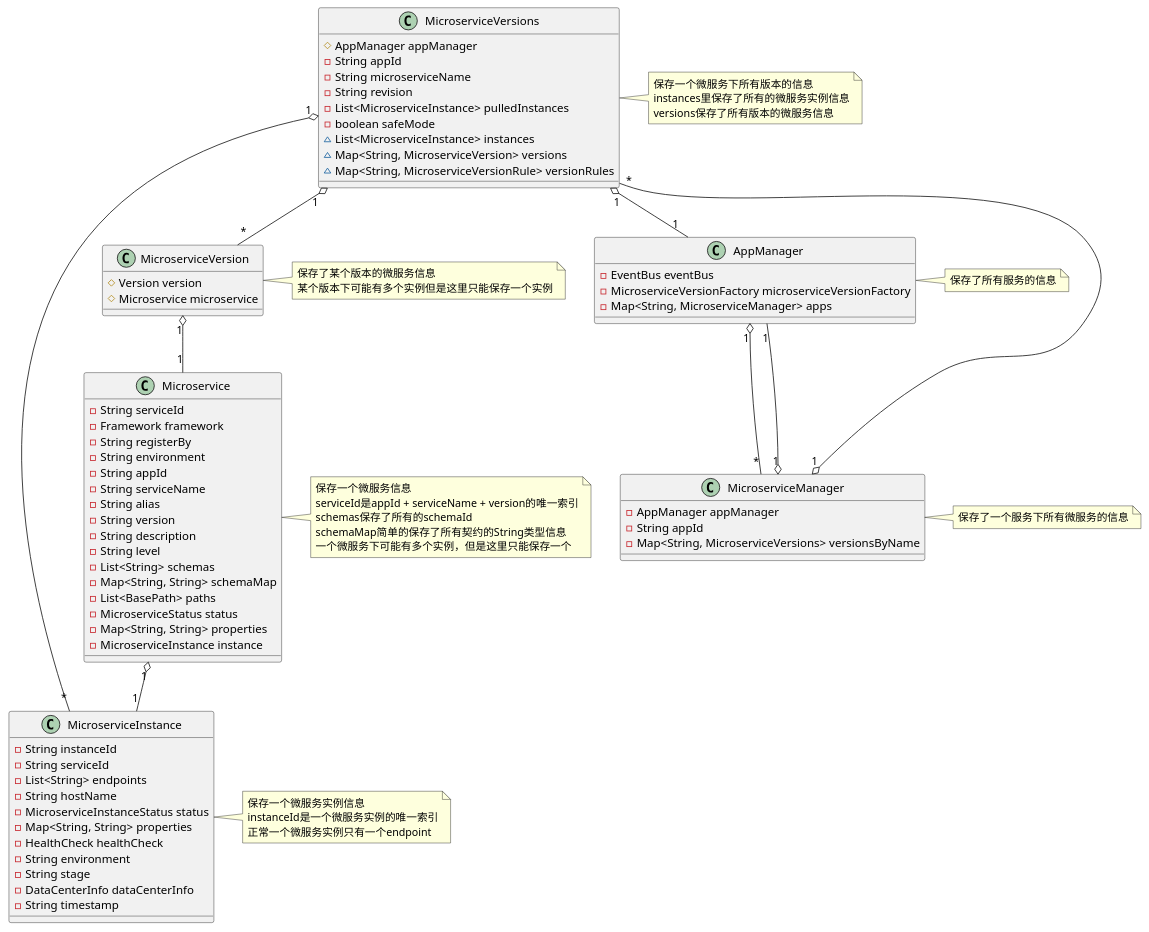
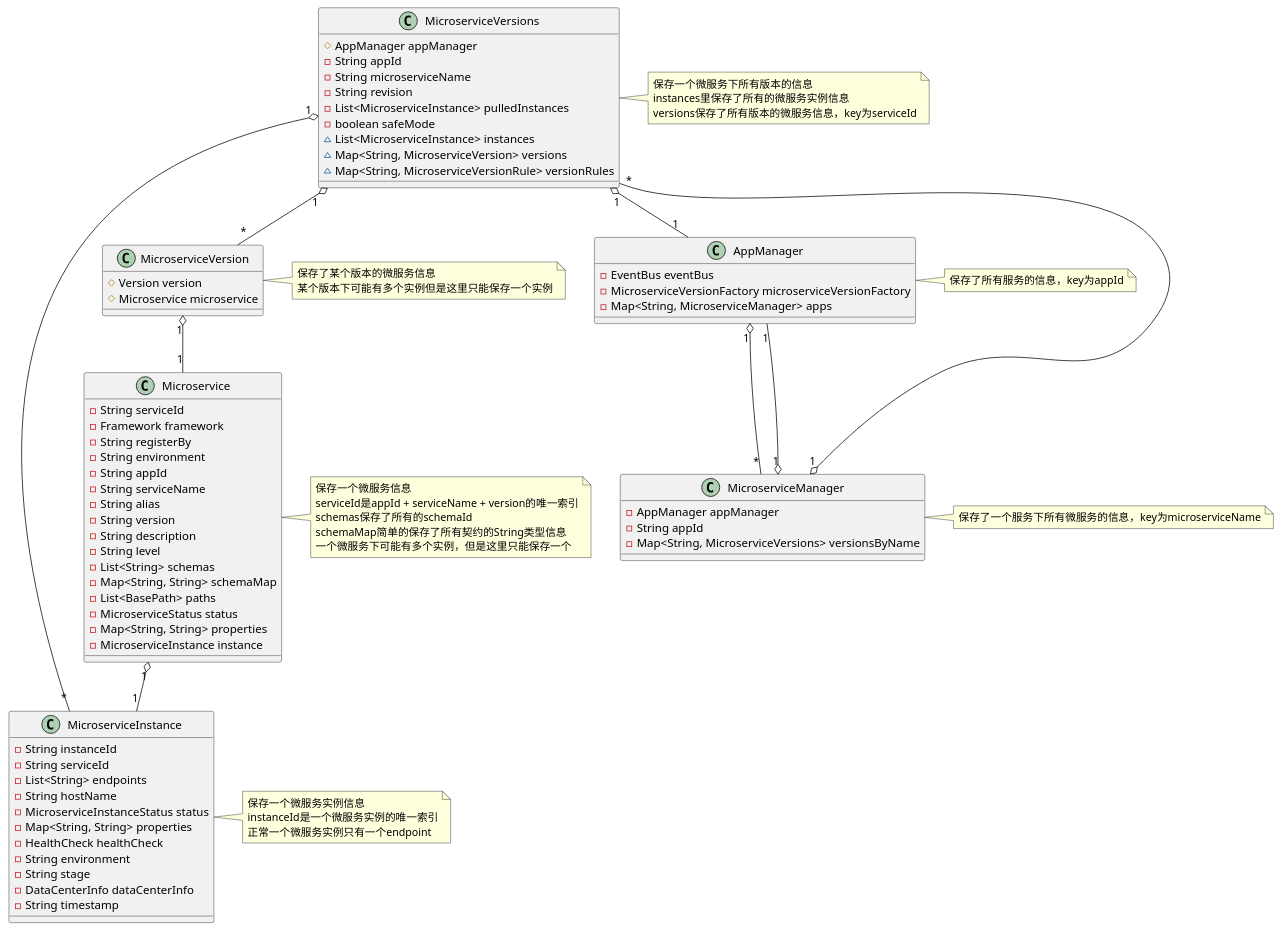
The diagram in blog/servicecomb/servicecomb的微服务数据模型.puml (lynnllh/blog), drawn with PlantUML before and after one commit. The commit also changed 1 other file, not shown here.

Commit message:
upload uml

```diff
--- a/blog/servicecomb/servicecomb的微服务数据模型.puml
+++ b/blog/servicecomb/servicecomb的微服务数据模型.puml
@@ -1,80 +1,80 @@
 @startuml
 class Microservice {
   - String serviceId
   - Framework framework
   - String registerBy
   - String environment
   - String appId
   - String serviceName
   - String alias
   - String version
   - String description
   - String level
   - List<String> schemas
   - Map<String, String> schemaMap
   - List<BasePath> paths
   - MicroserviceStatus status
   - Map<String, String> properties
   - MicroserviceInstance instance
 }
 note right of Microservice: 保存一个微服务信息\nserviceId是appId + serviceName + version的唯一索引\nschemas保存了所有的schemaId\nschemaMap简单的保存了所有契约的String类型信息\n一个微服务下可能有多个实例，但是这里只能保存一个
 
 class MicroserviceInstance {
   - String instanceId
   - String serviceId
   - List<String> endpoints
   - String hostName
   - MicroserviceInstanceStatus status
   - Map<String, String> properties
   - HealthCheck healthCheck
   - String environment
   - String stage
   - DataCenterInfo dataCenterInfo
   - String timestamp
 }
 note right of MicroserviceInstance: 保存一个微服务实例信息\ninstanceId是一个微服务实例的唯一索引\n正常一个微服务实例只有一个endpoint
 
 
 class MicroserviceVersion {
   # Version version
   # Microservice microservice
 }
 note right of MicroserviceVersion: 保存了某个版本的微服务信息\n某个版本下可能有多个实例但是这里只能保存一个实例
 
 class MicroserviceVersions {
   # AppManager appManager
   - String appId
   - String microserviceName
   - String revision
   - List<MicroserviceInstance> pulledInstances
   - boolean safeMode
   ~ List<MicroserviceInstance> instances
   ~ Map<String, MicroserviceVersion> versions
   ~ Map<String, MicroserviceVersionRule> versionRules
 }
-note right of MicroserviceVersions: 保存一个微服务下所有版本的信息\ninstances里保存了所有的微服务实例信息\nversions保存了所有版本的微服务信息
+note right of MicroserviceVersions: 保存一个微服务下所有版本的信息\ninstances里保存了所有的微服务实例信息\nversions保存了所有版本的微服务信息，key为serviceId
 
 class MicroserviceManager {
   - AppManager appManager
   - String appId
   - Map<String, MicroserviceVersions> versionsByName
 }
-note right of MicroserviceManager: 保存了一个服务下所有微服务的信息
+note right of MicroserviceManager: 保存了一个服务下所有微服务的信息，key为microserviceName
 
 class AppManager {
   - EventBus eventBus
   - MicroserviceVersionFactory microserviceVersionFactory
   - Map<String, MicroserviceManager> apps
 }
-note right of AppManager: 保存了所有服务的信息
+note right of AppManager: 保存了所有服务的信息，key为appId
 
 
 Microservice "1" o-- "1" MicroserviceInstance
 MicroserviceVersion "1" o-- "1" Microservice
 MicroserviceVersions "1" o-- "*" MicroserviceVersion
 MicroserviceVersions "1" o-- "*" MicroserviceInstance
 MicroserviceManager "1" o-- "*" MicroserviceVersions
 AppManager "1" o-- "*" MicroserviceManager
 MicroserviceVersions "1" o-- "1" AppManager
 MicroserviceManager "1" o-- "1" AppManager
 @enduml
```
